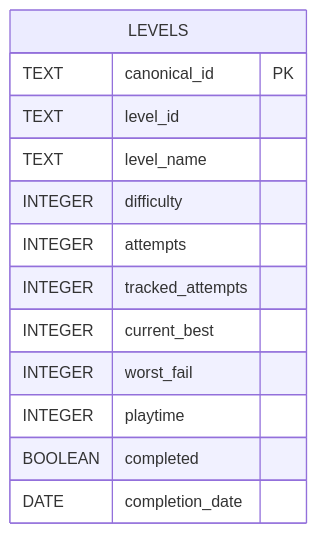
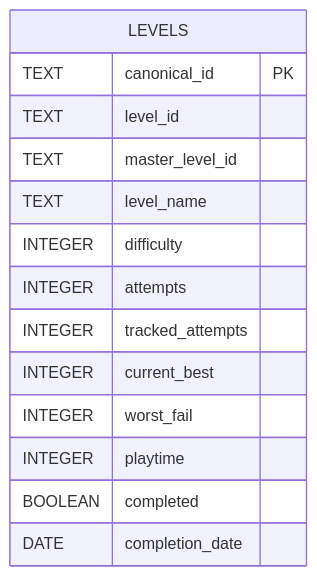
One commit to LeviTemoteo/gd-Pipeline changed the diagram in docs/database.md. Above: the diagram before and after it, drawn with Mermaid. The commit also changed other lines of this file, not shown here.

First line of the commit message:
Enhance database.md with level variant and aggregation details

````diff
--- a/docs/database.md
+++ b/docs/database.md
@@ -9,29 +9,31 @@
 ```mermaid
 erDiagram
 
 LEVELS {
 
 TEXT canonical_id PK
 
 TEXT level_id
+
+TEXT master_level_id
 
 TEXT level_name
 
 INTEGER difficulty
 
 INTEGER attempts
 
 INTEGER tracked_attempts
 
 INTEGER current_best
 
 INTEGER worst_fail
 
 INTEGER playtime
 
 BOOLEAN completed
 
 DATE completion_date
 
 }
 ```
````
